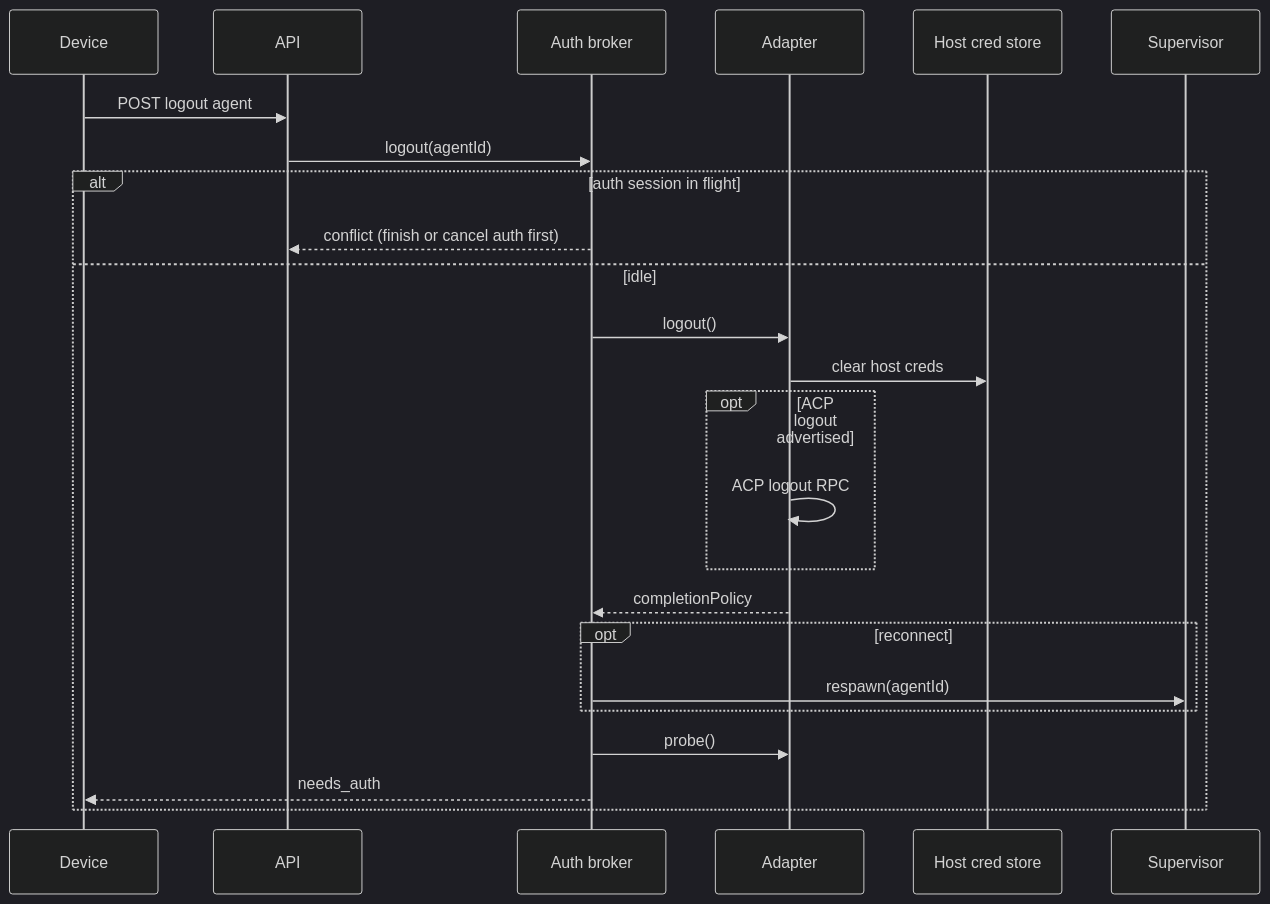
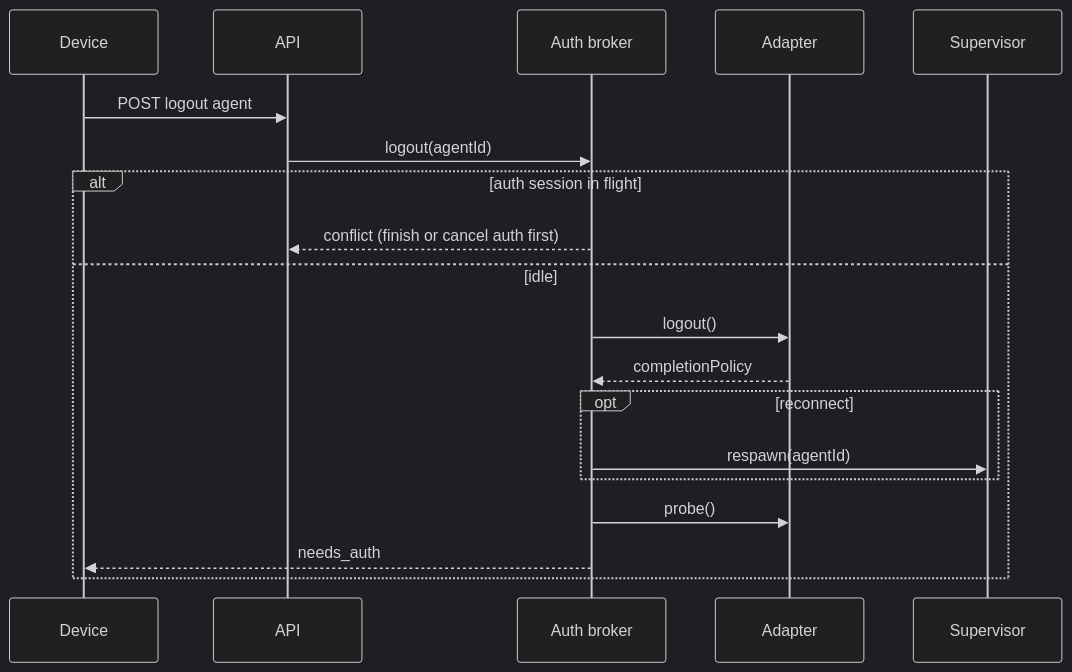
The sixth of 7 diagrams in docs/adr/0004-agent-auth-broker.md (codenamegary/harold), drawn with Mermaid (dark theme) before and after one commit. The commit also changed other lines of this file and 1 other file, not shown here.

````diff
--- a/docs/adr/0004-agent-auth-broker.md
+++ b/docs/adr/0004-agent-auth-broker.md
@@ -235,27 +232,22 @@
 ```mermaid
 sequenceDiagram
   participant Device
   participant API
   participant Broker as Auth broker
   participant Adapter
-  participant Host as Host cred store
   participant Super as Supervisor
 
   Device->>API: POST logout agent
   API->>Broker: logout(agentId)
   alt auth session in flight
     Broker-->>API: conflict (finish or cancel auth first)
   else idle
     Broker->>Adapter: logout()
-    Adapter->>Host: clear host creds
-    opt ACP logout advertised
-      Adapter->>Adapter: ACP logout RPC
-    end
     Adapter-->>Broker: completionPolicy
     opt reconnect
       Broker->>Super: respawn(agentId)
     end
     Broker->>Adapter: probe()
     Broker-->>Device: needs_auth
   end
 ```
````
